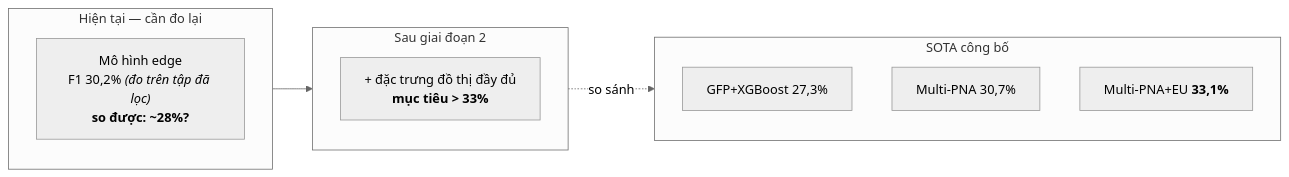
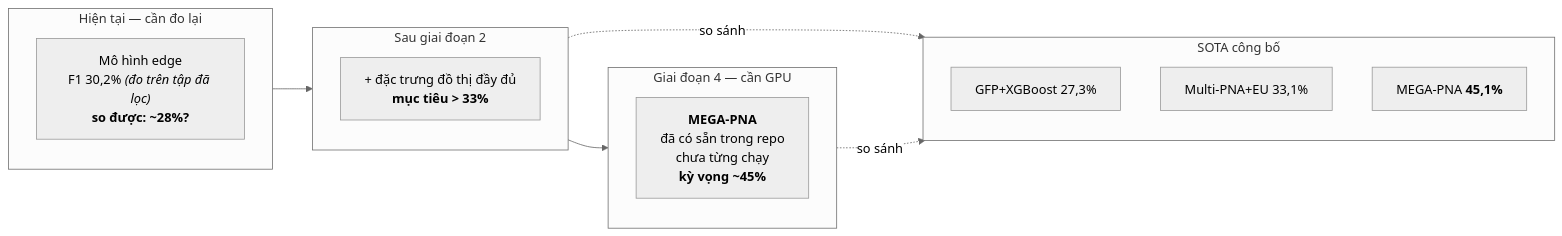
One commit to fiezen13/aml-monitoring-investigation-system changed the fourth of 4 diagrams in docs/KE_HOACH_LAM_LAI_MODEL.md. Above: the diagram before and after it, drawn with Mermaid (neutral theme). The commit also changed other lines of this file and 2 other files, not shown here.

First line of the commit message:
docs: hướng dẫn chạy MEGA-PNA — mô hình tốt nhất đã nằm sẵn trong repo

````diff
--- a/docs/KE_HOACH_LAM_LAI_MODEL.md
+++ b/docs/KE_HOACH_LAM_LAI_MODEL.md
@@ -365,16 +385,20 @@
 ```mermaid
 flowchart LR
     subgraph now["Hiện tại — cần đo lại"]
         N1["Mô hình edge<br/>F1 30,2% <i>(đo trên tập đã lọc)</i><br/><b>so được: ~28%?</b>"]
     end
     subgraph target["Sau giai đoạn 2"]
         T1["+ đặc trưng đồ thị đầy đủ<br/><b>mục tiêu > 33%</b>"]
     end
+    subgraph gpu["Giai đoạn 4 — cần GPU"]
+        G1["<b>MEGA-PNA</b><br/>đã có sẵn trong repo<br/>chưa từng chạy<br/><b>kỳ vọng ~45%</b>"]
+    end
     subgraph sota["SOTA công bố"]
         S1["GFP+XGBoost 27,3%"]
-        S2["Multi-PNA 30,7%"]
-        S3["Multi-PNA+EU <b>33,1%</b>"]
+        S2["Multi-PNA+EU 33,1%"]
+        S3["MEGA-PNA <b>45,1%</b>"]
     end
-    now --> target
+    now --> target --> gpu
     target -.->|"so sánh"| sota
+    gpu -.->|"so sánh"| sota
 ```
````
